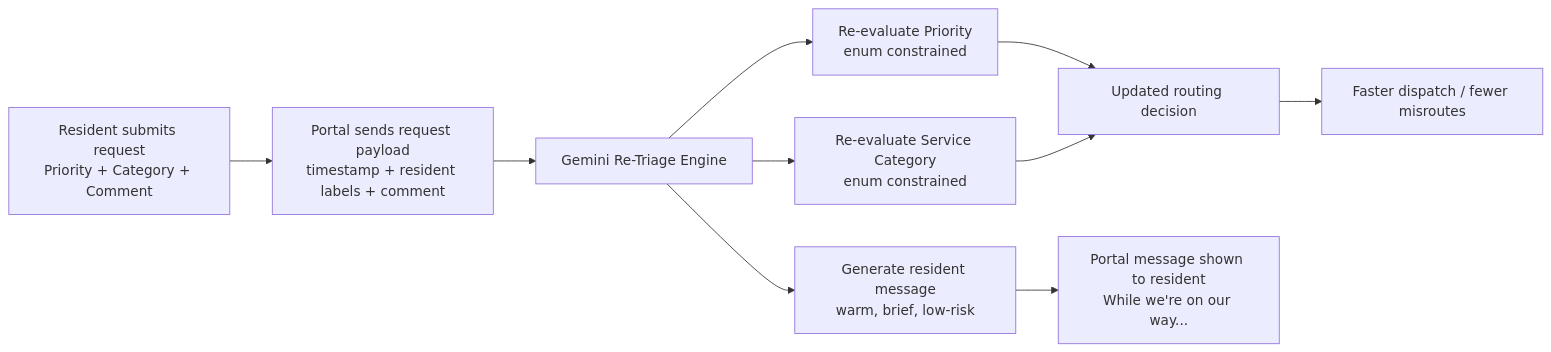
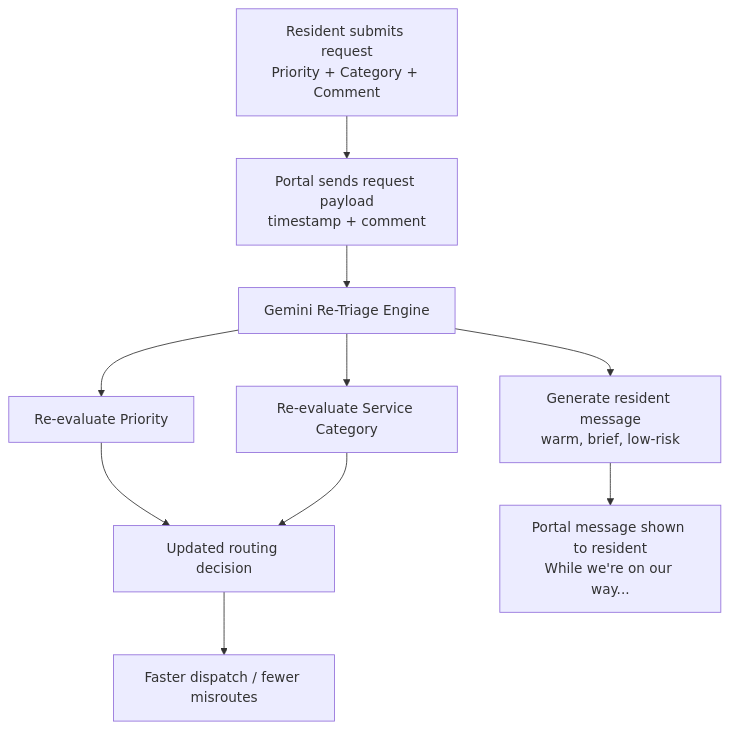
One commit to JielingChen/LLM-Automated-Ticket-Classification-Routing-System changed the diagram in README.md. Above: the diagram before and after it, drawn with Mermaid. The commit also changed 1 other file, not shown here.

Commit message:
update streamlit demo app

````diff
--- a/README.md
+++ b/README.md
@@ -20,12 +20,12 @@
 ```mermaid
-flowchart LR
-    A[Resident submits request<br/>Priority + Category + Comment] --> B[Portal sends request payload<br/>timestamp + resident labels + comment]
+flowchart TD
+    A[Resident submits request<br/>Priority + Category + Comment] --> B[Portal sends request payload<br/>timestamp + comment]
     B --> C[Gemini Re-Triage Engine]
-    C --> C1[Re-evaluate Priority<br/>enum constrained]
-    C --> C2[Re-evaluate Service Category<br/>enum constrained]
+    C --> C1[Re-evaluate Priority]
+    C --> C2[Re-evaluate Service Category]
     C --> C3[Generate resident message<br/>warm, brief, low-risk]
     C1 --> D[Updated routing decision]
     C2 --> D
     C3 --> E[Portal message shown to resident<br/>While we're on our way...]
     D --> F[Faster dispatch / fewer misroutes]
 ```
````
